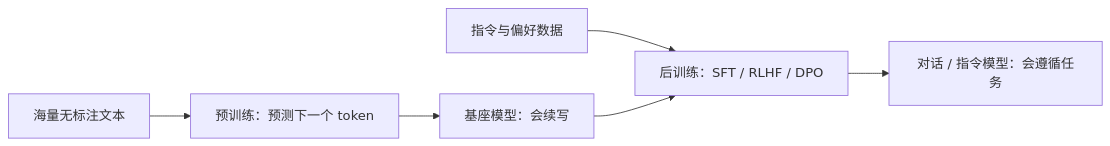
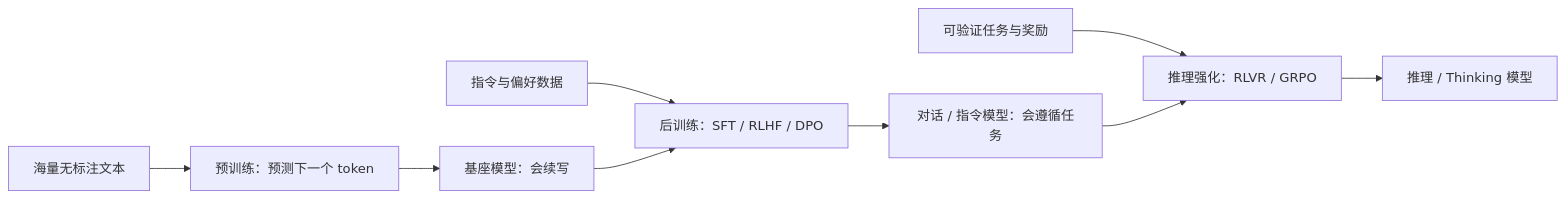
The third of 3 diagrams in docs/ai/llm-basics.md (AI-PM-Wiki/AIPM), drawn with Mermaid before and after one commit. The commit also changed other lines of this file and 248 other files, not shown here.

````diff
--- a/docs/ai/llm-basics.md
+++ b/docs/ai/llm-basics.md
@@ -177,8 +178,11 @@
 ```mermaid
 flowchart LR
     corpus["海量无标注文本"] --> pretrain["预训练：预测下一个 token"]
     pretrain --> base["基座模型：会续写"]
     instructions["指令与偏好数据"] --> posttrain["后训练：SFT / RLHF / DPO"]
+    verifiable["可验证任务与奖励"] --> rlvr["推理强化：RLVR / GRPO"]
     base --> posttrain
     posttrain --> aligned["对话 / 指令模型：会遵循任务"]
+    aligned --> rlvr
+    rlvr --> reasoner["推理 / Thinking 模型"]
 ```
````
